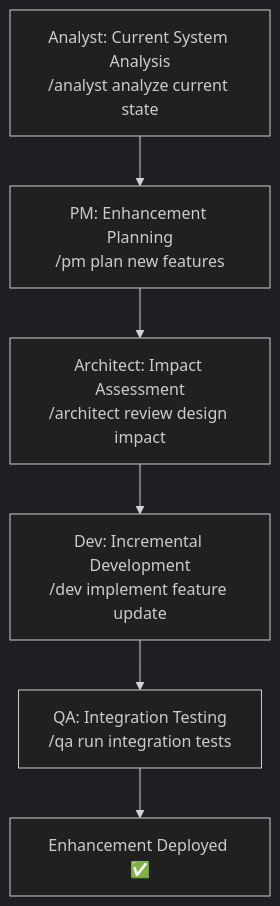
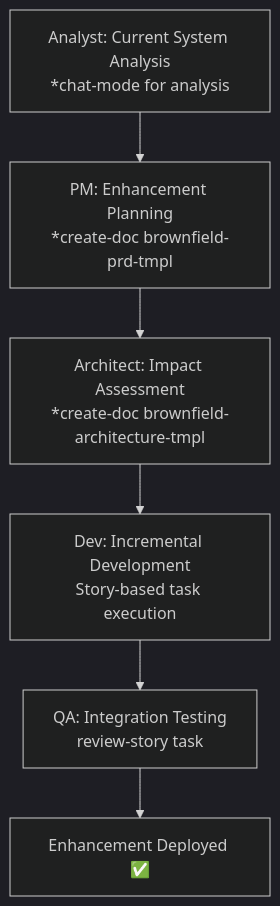
Before and after one commit to hitesh-goel/BMAD-METHOD: the second of 20 diagrams in diagrams.md, drawn with Mermaid (dark theme). The commit also changed other lines of this file, not shown here.

Commit message:
refactor: update flowchart commands in diagrams.md to use asterisk prefix for consistency and clarity. Enhanced agent command structures and added detailed workflow conditional flows for improved documentation.

````diff
--- a/diagrams.md
+++ b/diagrams.md
@@ -35,9 +35,9 @@
 ```mermaid
 flowchart TD
-    A["Analyst: Current System Analysis<br/>/analyst analyze current state"] -->
-    B["PM: Enhancement Planning<br/>/pm plan new features"] -->
-    C["Architect: Impact Assessment<br/>/architect review design impact"] -->
-    D["Dev: Incremental Development<br/>/dev implement feature update"] -->
-    E["QA: Integration Testing<br/>/qa run integration tests"] -->
+    A["Analyst: Current System Analysis<br/>*chat-mode for analysis"] -->
+    B["PM: Enhancement Planning<br/>*create-doc brownfield-prd-tmpl"] -->
+    C["Architect: Impact Assessment<br/>*create-doc brownfield-architecture-tmpl"] -->
+    D["Dev: Incremental Development<br/>Story-based task execution"] -->
+    E["QA: Integration Testing<br/>review-story task"] -->
     F["Enhancement Deployed ✅"]
 ```
````
